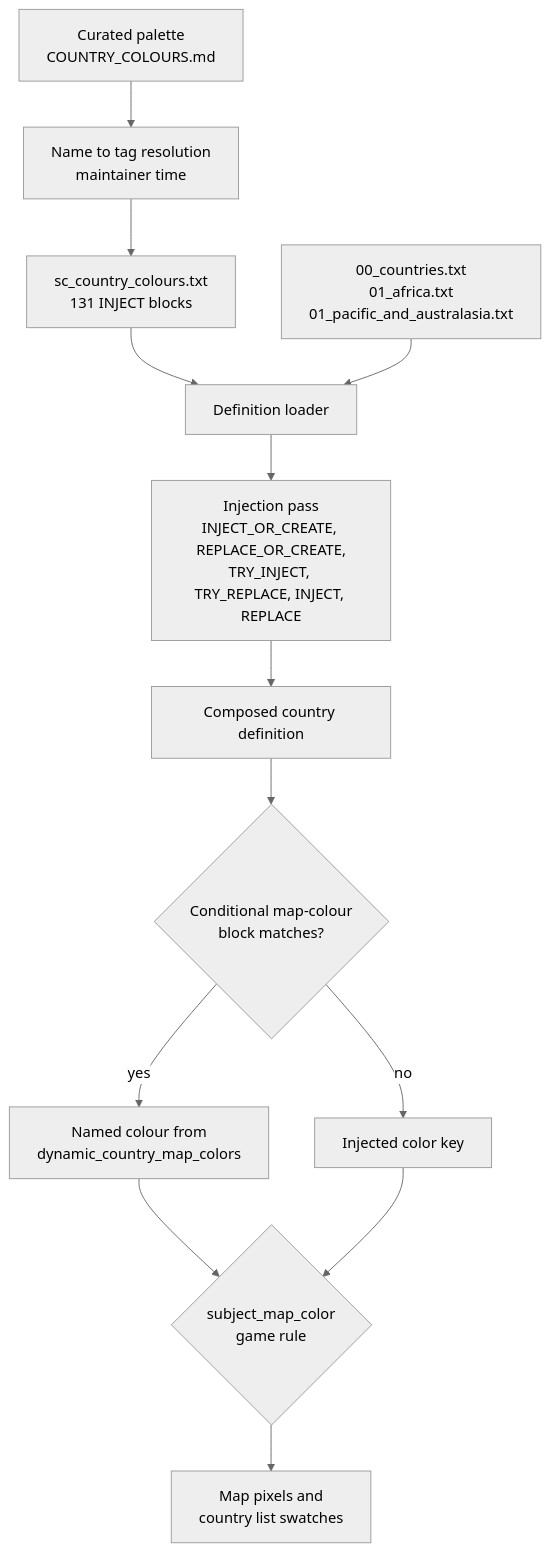
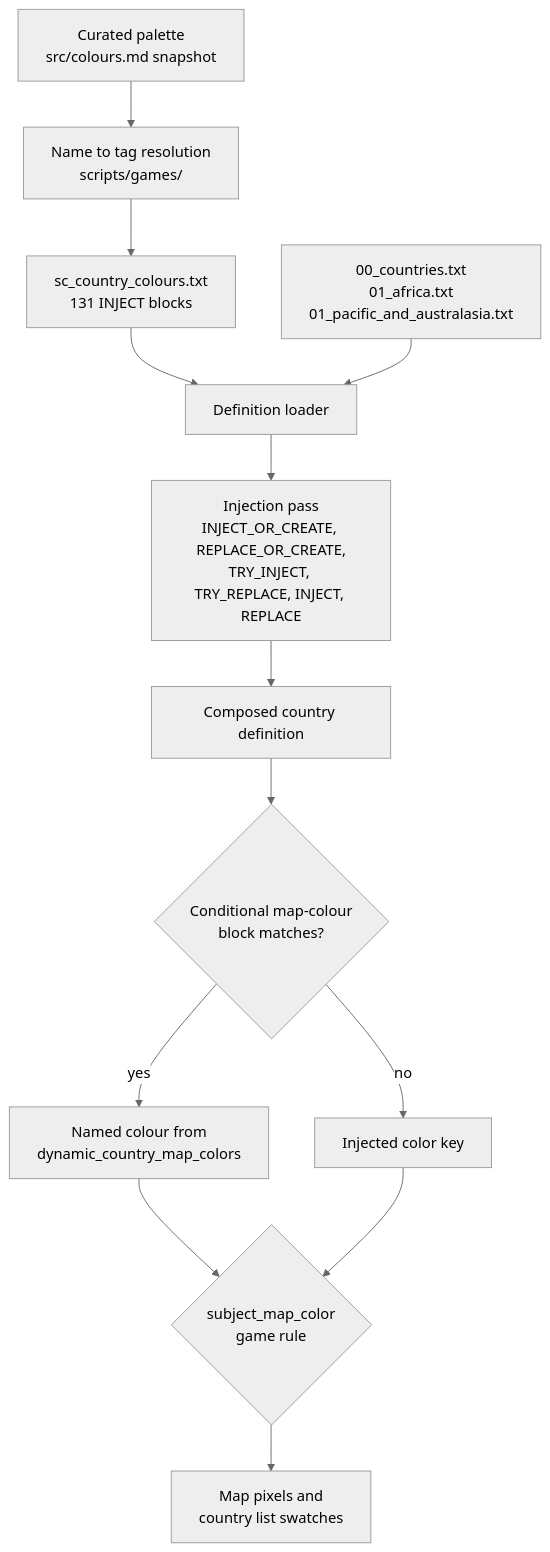
Before and after one commit to hmlendea/standardised-country-colours: the first of 3 diagrams in docs/architecture.md, drawn with Mermaid (neutral theme). The commit also changed 34 other files, not shown here.

````diff
--- a/docs/architecture.md
+++ b/docs/architecture.md
@@ -7,15 +7,15 @@
 ```mermaid
 flowchart TD
-  Pal["Curated palette<br/>COUNTRY_COLOURS.md"] --> Map["Name to tag resolution<br/>maintainer time"]
+  Pal["Curated palette<br/>src/colours.md snapshot"] --> Map["Name to tag resolution<br/>scripts/games/<game>"]
   Map --> File["sc_country_colours.txt<br/>131 INJECT blocks"]
   File --> Loader["Definition loader"]
   Vanilla["00_countries.txt<br/>01_africa.txt<br/>01_pacific_and_australasia.txt"] --> Loader
   Loader --> Pass["Injection pass<br/>INJECT_OR_CREATE, REPLACE_OR_CREATE,<br/>TRY_INJECT, TRY_REPLACE, INJECT, REPLACE"]
   Pass --> Def["Composed country definition"]
   Def --> Dyn{"Conditional map-colour<br/>block matches?"}
   Dyn -->|"yes"| Alt["Named colour from<br/>dynamic_country_map_colors"]
   Dyn -->|"no"| Base["Injected color key"]
   Alt --> Rule{"subject_map_color<br/>game rule"}
   Base --> Rule
   Rule --> Pixels["Map pixels and<br/>country list swatches"]
 ```
````
